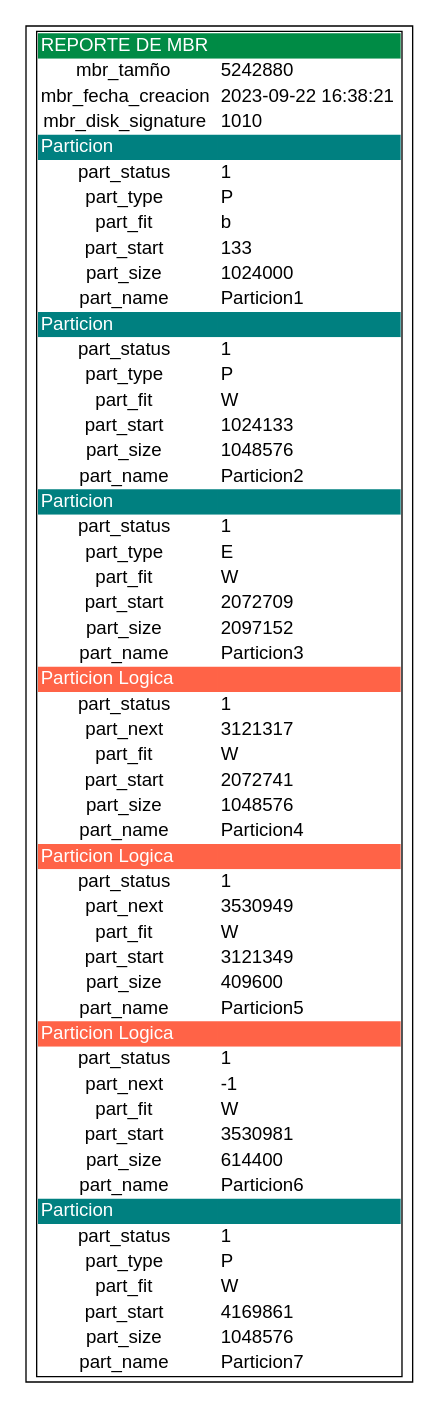
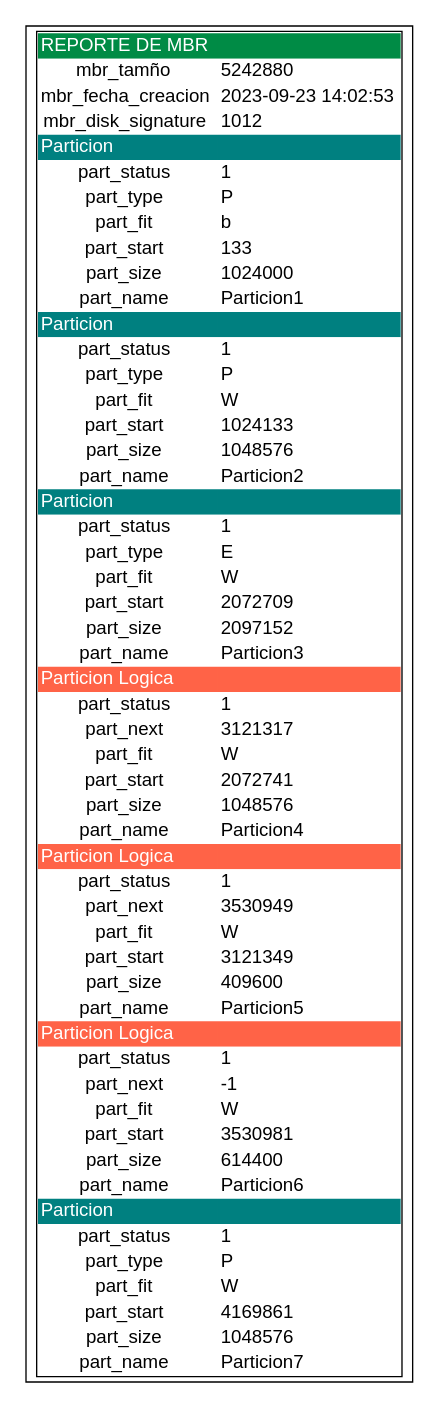
Before and after one commit to luis-tavico/MIA_2SP2_202000562: the diagram in reportes/reporte_mbr.dot, drawn with Graphviz. The commit also changed 7 other files, not shown here.

```diff
--- a/reportes/reporte_mbr.dot
+++ b/reportes/reporte_mbr.dot
@@ -12,11 +12,11 @@
         </tr>
         <tr>
             <td bgcolor="white" align="center"> mbr_fecha_creacion </td>
-            <td bgcolor="white" align="left"> 2023-09-22 16:38:21 </td>
+            <td bgcolor="white" align="left"> 2023-09-23 14:02:53 </td>
         </tr>
         <tr>
             <td bgcolor="white" align="center"> mbr_disk_signature </td>
-            <td bgcolor="white" align="left"> 1010 </td>
+            <td bgcolor="white" align="left"> 1012 </td>
         </tr>
         <tr>
             <td bgcolor="teal" align="left"><font color="white"> Particion </font></td>
```
